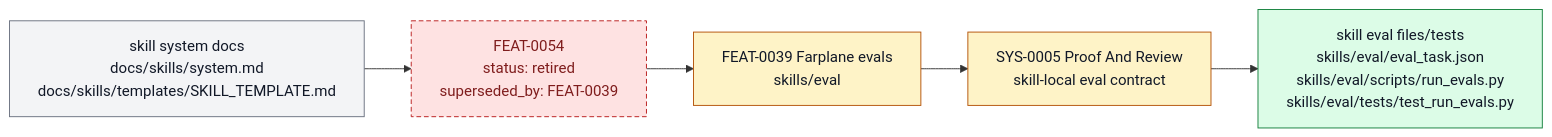
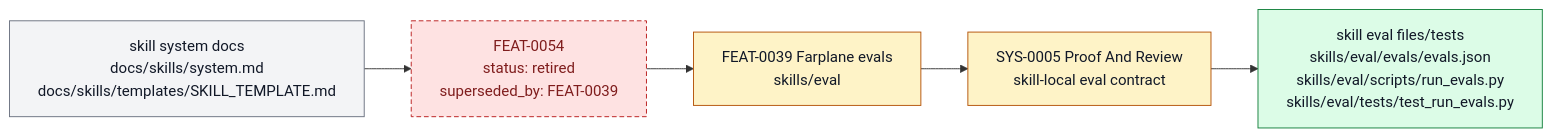
The diagram in docs/features/FEAT-0054-modular-skill-local-eval-tasks.md (ZanarkandTechnologies/Farplane), drawn with Mermaid before and after one commit. The commit also changed other lines of this file and 305 other files, not shown here.

````diff
--- a/docs/features/FEAT-0054-modular-skill-local-eval-tasks.md
+++ b/docs/features/FEAT-0054-modular-skill-local-eval-tasks.md
@@ -99,15 +99,15 @@
 ```mermaid
 flowchart LR
   classDef keep fill:#f3f4f6,stroke:#6b7280,color:#111827
   classDef changed fill:#fef3c7,stroke:#b45309,color:#111827
   classDef added fill:#dcfce7,stroke:#15803d,color:#111827
   classDef retired fill:#fee2e2,stroke:#b91c1c,color:#7f1d1d,stroke-dasharray: 5 3
 
   skill_docs["skill system docs<br/>docs/skills/system.md<br/>docs/skills/templates/SKILL_TEMPLATE.md"]:::keep
   retired["FEAT-0054<br/>status: retired<br/>superseded_by: FEAT-0039"]:::retired
   evals["FEAT-0039 Farplane evals<br/>skills/eval"]:::changed
   proof["SYS-0005 Proof And Review<br/>skill-local eval contract"]:::changed
-  files["skill eval files/tests<br/>skills/eval/eval_task.json<br/>skills/eval/scripts/run_evals.py<br/>skills/eval/tests/test_run_evals.py"]:::added
+  files["skill eval files/tests<br/>skills/eval/evals/evals.json<br/>skills/eval/scripts/run_evals.py<br/>skills/eval/tests/test_run_evals.py"]:::added
 
   skill_docs --> retired --> evals --> proof --> files
 ```
````
